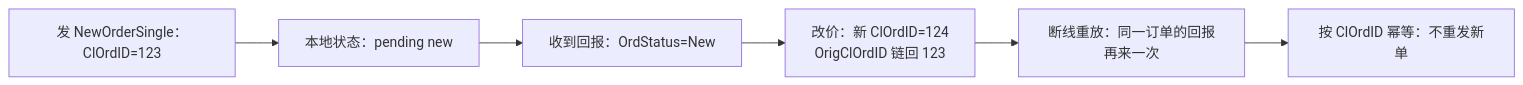
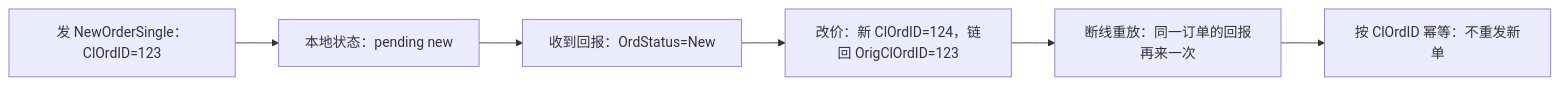
The first of 2 diagrams in docs/quant/fix-protocol.md (xhongduo-tech/xhongduo-tech.github.io), drawn with Mermaid before and after one commit. The commit also changed 5 other files, not shown here.

Commit message:
Enhance more quant articles with second diagrams and beginner marginnotes.

````diff
--- a/docs/quant/fix-protocol.md
+++ b/docs/quant/fix-protocol.md
@@ -34,8 +34,8 @@
 ```mermaid
 flowchart LR
   NO["发 NewOrderSingle：ClOrdID=123"] --> PEND["本地状态：pending new"]
   PEND --> ACK["收到回报：OrdStatus=New"]
-  ACK --> MOD["改价：新 ClOrdID=124<br>OrigClOrdID 链回 123"]
+  ACK --> MOD["改价：新 ClOrdID=124，链回 OrigClOrdID=123"]
   MOD --> DUP["断线重放：同一订单的回报再来一次"]
   DUP --> IDEM["按 ClOrdID 幂等：不重发新单"]
 ```
````
